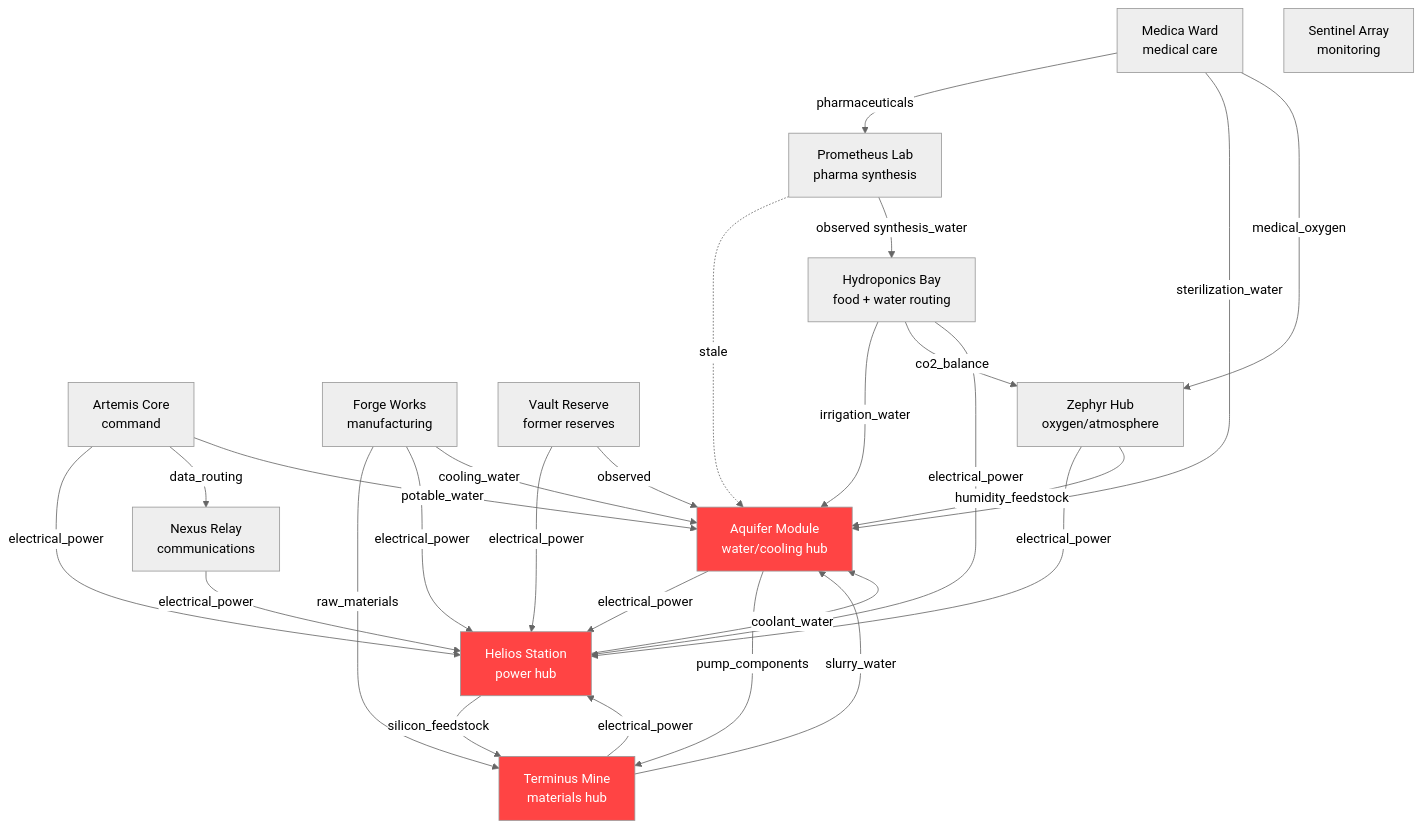
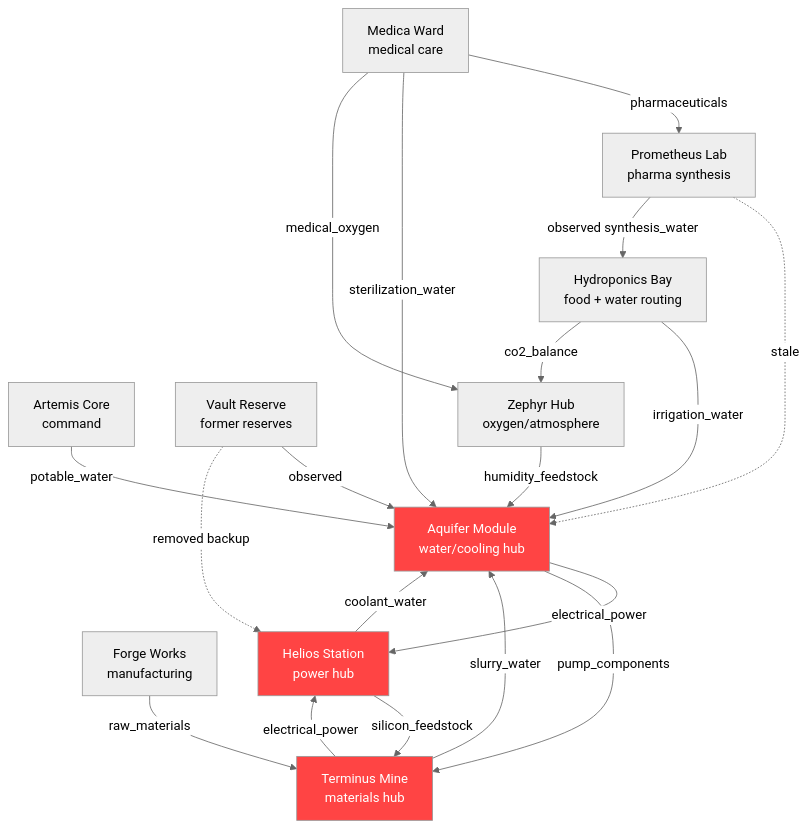
Before and after one commit to neiladvani21/project-selene: the diagram in rover/output/report.md, drawn with Mermaid (neutral theme). The commit also changed other lines of this file and 1 other file, not shown here.

First line of the commit message:
Risk-focused Mermaid, stress signal wording polish, map.json audit note

````diff
--- a/rover/output/report.md
+++ b/rover/output/report.md
@@ -29,46 +29,37 @@
 ```mermaid
 graph TD
     %% Arrow direction: A --> B means A depends on B
-    %% Dashed edges indicate stale or contradicted dependency records
+    %% Dashed edges: stale routes or removed backup paths
     %% Red nodes = articulation points or top-3 blast radius pods
     aquifer["Aquifer Module<br/>water/cooling hub"]
     artemis["Artemis Core<br/>command"]
     forge["Forge Works<br/>manufacturing"]
     helios["Helios Station<br/>power hub"]
     hydroponics["Hydroponics Bay<br/>food + water routing"]
     medica["Medica Ward<br/>medical care"]
-    nexus["Nexus Relay<br/>communications"]
     prometheus["Prometheus Lab<br/>pharma synthesis"]
-    sentinel["Sentinel Array<br/>monitoring"]
     terminus["Terminus Mine<br/>materials hub"]
     vault["Vault Reserve<br/>former reserves"]
     zephyr["Zephyr Hub<br/>oxygen/atmosphere"]
     aquifer -->|electrical_power| helios
     aquifer -->|pump_components| terminus
     prometheus -. stale .-> aquifer
     prometheus -->|observed synthesis_water| hydroponics
-    artemis -->|electrical_power| helios
-    artemis -->|data_routing| nexus
     artemis -->|potable_water| aquifer
     helios -->|silicon_feedstock| terminus
     helios -->|coolant_water| aquifer
-    zephyr -->|electrical_power| helios
     zephyr -->|humidity_feedstock| aquifer
-    vault -->|electrical_power| helios
     terminus -->|slurry_water| aquifer
     terminus -->|electrical_power| helios
     forge -->|raw_materials| terminus
-    forge -->|electrical_power| helios
-    forge -->|cooling_water| aquifer
     hydroponics -->|irrigation_water| aquifer
     hydroponics -->|co2_balance| zephyr
-    hydroponics -->|electrical_power| helios
-    nexus -->|electrical_power| helios
     medica -->|pharmaceuticals| prometheus
     medica -->|sterilization_water| aquifer
     medica -->|medical_oxygen| zephyr
     vault -->|observed| aquifer
+    vault -. removed backup .-> helios
     style aquifer fill:#ff4444,color:#fff
     style helios fill:#ff4444,color:#fff
     style terminus fill:#ff4444,color:#fff
 ```
````
